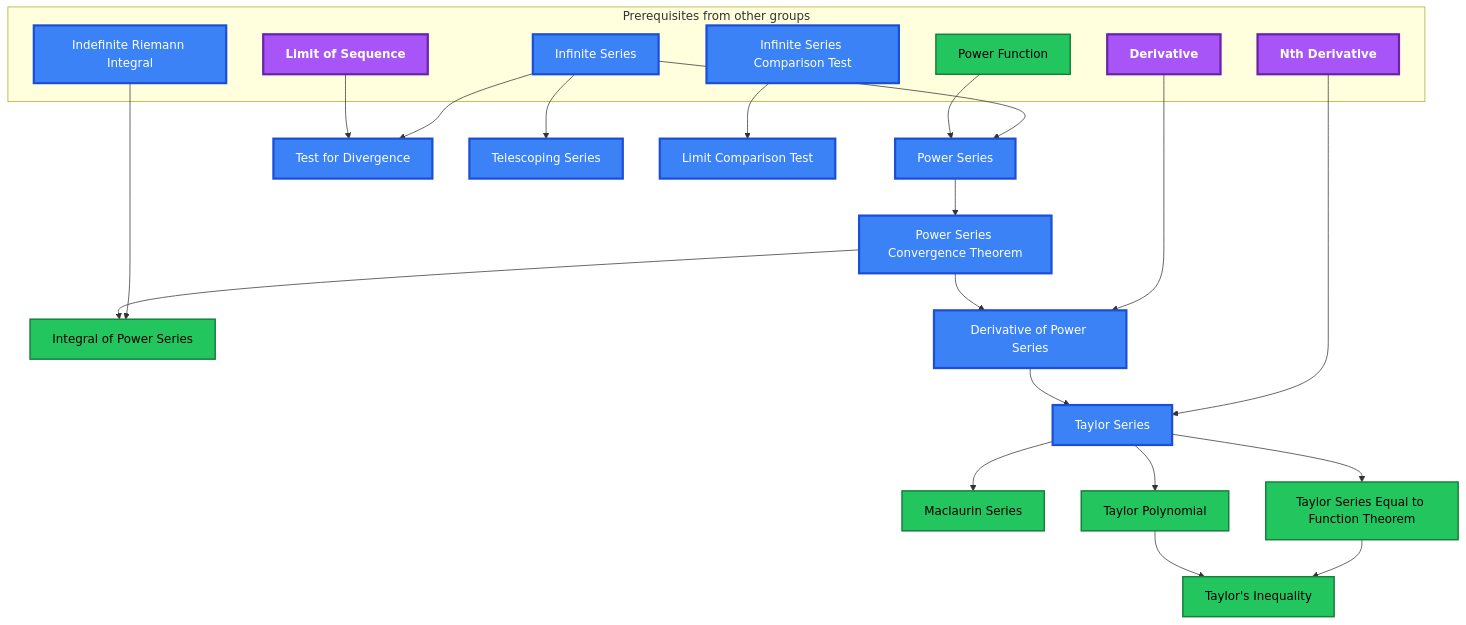
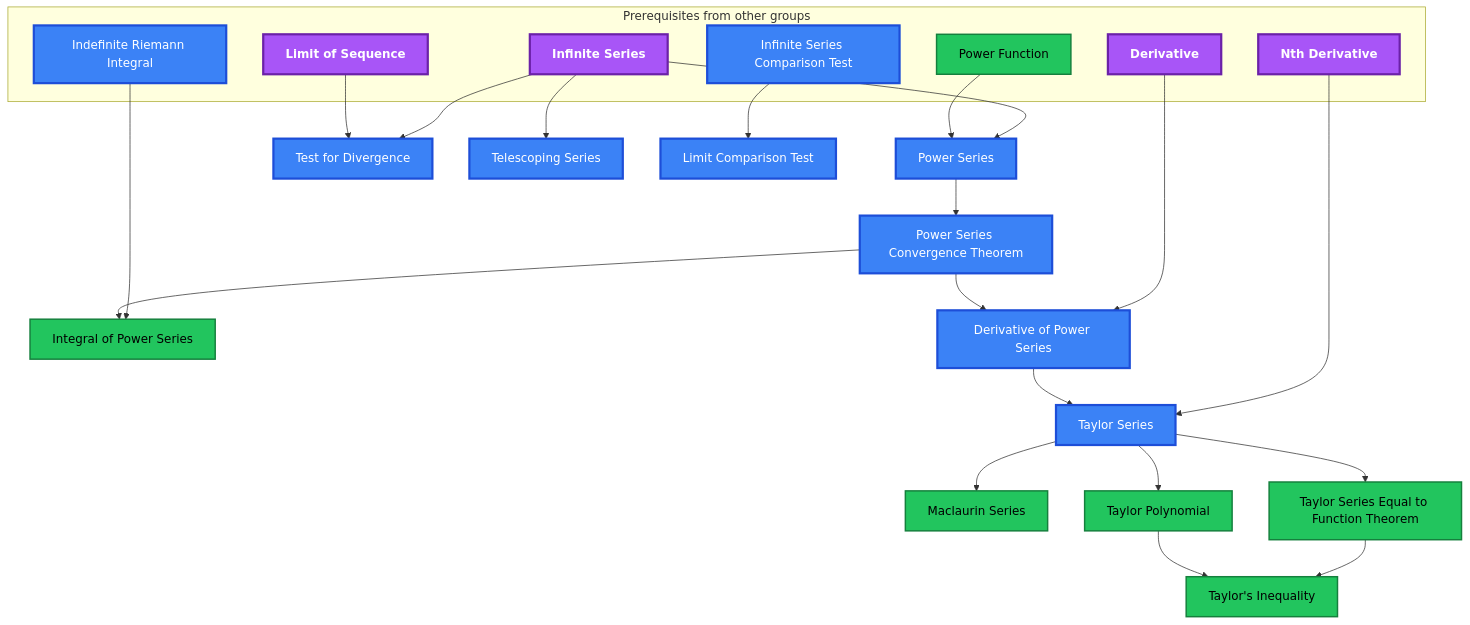
One commit to MRauf1/My-Notes changed the eighth of 13 diagrams in Gamification/Skill Trees/Calculus.md. Above: the diagram before and after it, drawn with Mermaid. The commit also changed other lines of this file and 73 other files, not shown here.

````diff
--- a/Gamification/Skill Trees/Calculus.md
+++ b/Gamification/Skill Trees/Calculus.md
@@ -717,55 +717,55 @@
 ```mermaid
 flowchart TD
     classDef planned fill:#1E293B,stroke:#64748B,stroke-width:2px,stroke-dasharray:5 5,color:#94A3B8;
     classDef locked fill:#334155,stroke:#475569,stroke-width:2px,color:#94A3B8;
     classDef L0 fill:#F1F5F9,stroke:#94A3B8,stroke-width:2px,color:#000000;
     classDef L1 fill:#22C55E,stroke:#15803D,stroke-width:2px,color:#000000;
     classDef L2 fill:#3B82F6,stroke:#1D4ED8,stroke-width:3px,color:#FFFFFF;
     classDef L3 fill:#A855F7,stroke:#6B21A8,stroke-width:3px,color:#FFFFFF,font-weight:bold;
     classDef L4 fill:#F97316,stroke:#C2410C,stroke-width:4px,color:#000000,font-weight:bold;
     classDef L5 fill:#FFD700,stroke:#FF8C00,stroke-width:5px,color:#000000,font-weight:bold;
     classDef rusty stroke:#8B4513,stroke-width:4px,stroke-dasharray:3 3;
     subgraph sg_prereqs["Prerequisites from other groups"]
         n_infinite_series["Infinite Series"]
         n_power_function["Power Function"]
         n_indefinite_riemann_integral["Indefinite Riemann Integral"]
         n_derivative["Derivative"]
         n_nth_derivative["Nth Derivative"]
         n_limit_of_sequence["Limit of Sequence"]
         n_infinite_series_comparison_test["Infinite Series Comparison Test"]
     end
     n_power_series["Power Series"]
     n_power_series_convergence_theorem["Power Series Convergence Theorem"]
     n_integral_of_power_series["Integral of Power Series"]
     n_derivative_of_power_series["Derivative of Power Series"]
     n_maclaurin_series["Maclaurin Series"]
     n_taylor_series["Taylor Series"]
     n_taylor_series_equal_to_function_theorem["Taylor Series Equal to Function Theorem"]
     n_taylor_s_inequality["Taylor's Inequality"]
     n_test_for_divergence["Test for Divergence"]
     n_telescoping_series["Telescoping Series"]
     n_limit_comparison_test["Limit Comparison Test"]
     n_taylor_polynomial["Taylor Polynomial"]
     n_infinite_series --> n_power_series
     n_power_function --> n_power_series
     n_power_series --> n_power_series_convergence_theorem
     n_indefinite_riemann_integral --> n_integral_of_power_series
     n_power_series_convergence_theorem --> n_integral_of_power_series
     n_derivative --> n_derivative_of_power_series
     n_power_series_convergence_theorem --> n_derivative_of_power_series
     n_taylor_series --> n_maclaurin_series
     n_nth_derivative --> n_taylor_series
     n_derivative_of_power_series --> n_taylor_series
     n_taylor_series --> n_taylor_series_equal_to_function_theorem
     n_taylor_series_equal_to_function_theorem --> n_taylor_s_inequality
     n_infinite_series --> n_test_for_divergence
     n_limit_of_sequence --> n_test_for_divergence
     n_infinite_series --> n_telescoping_series
     n_infinite_series_comparison_test --> n_limit_comparison_test
     n_taylor_series --> n_taylor_polynomial
     n_taylor_polynomial --> n_taylor_s_inequality
     class n_power_function,n_integral_of_power_series,n_maclaurin_series,n_taylor_series_equal_to_function_theorem,n_taylor_s_inequality,n_taylor_polynomial L1;
-    class n_infinite_series,n_indefinite_riemann_integral,n_infinite_series_comparison_test,n_power_series,n_power_series_convergence_theorem,n_derivative_of_power_series,n_taylor_series,n_test_for_divergence,n_telescoping_series,n_limit_comparison_test L2;
-    class n_derivative,n_nth_derivative,n_limit_of_sequence L3;
+    class n_indefinite_riemann_integral,n_infinite_series_comparison_test,n_power_series,n_power_series_convergence_theorem,n_derivative_of_power_series,n_taylor_series,n_test_for_divergence,n_telescoping_series,n_limit_comparison_test L2;
+    class n_infinite_series,n_derivative,n_nth_derivative,n_limit_of_sequence L3;
     class n_infinite_series,n_power_function,n_indefinite_riemann_integral,n_derivative,n_nth_derivative,n_limit_of_sequence,n_infinite_series_comparison_test,n_power_series,n_power_series_convergence_theorem,n_integral_of_power_series,n_derivative_of_power_series,n_maclaurin_series,n_taylor_series,n_taylor_series_equal_to_function_theorem,n_taylor_s_inequality,n_test_for_divergence,n_telescoping_series,n_limit_comparison_test,n_taylor_polynomial internal-link;
 ```
````
